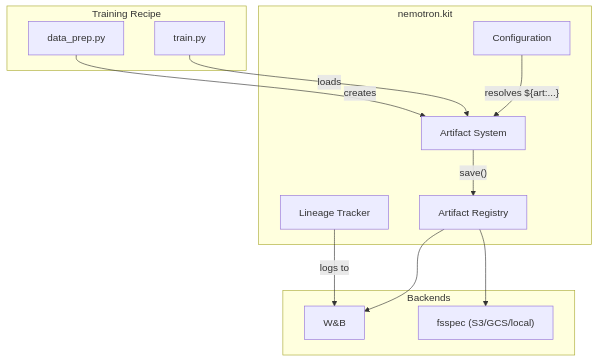
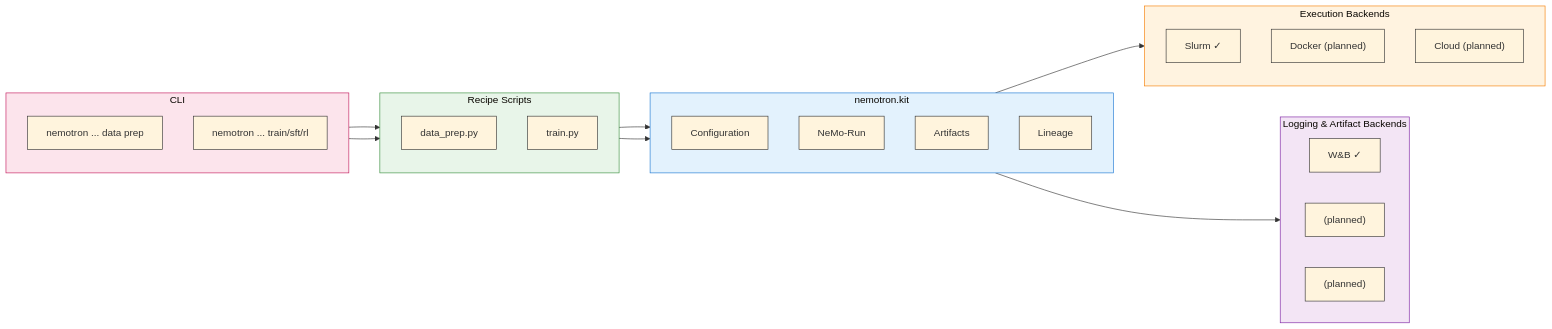
Before and after one commit to NVIDIA-NeMo/Nemotron: the diagram in docs/train/kit.md, drawn with Mermaid. The commit also changed other lines of this file and 40 other files, not shown here.

````diff
--- a/docs/train/kit.md
+++ b/docs/train/kit.md
@@ -18,27 +21,50 @@
 ```mermaid
-flowchart TB
-    subgraph recipe["Training Recipe"]
+%%{init: {'theme': 'base', 'themeVariables': { 'primaryBorderColor': '#333333', 'lineColor': '#333333', 'primaryTextColor': '#333333', 'clusterBkg': '#ffffff', 'clusterBorder': '#333333'}}}%%
+flowchart LR
+    subgraph cli["CLI"]
+        direction TB
+        CMD1["nemotron ... data prep"]
+        CMD2["nemotron ... train/sft/rl"]
+    end
+
+    subgraph recipes["Recipe Scripts"]
+        direction TB
         DataPrep["data_prep.py"]
         Train["train.py"]
     end
 
     subgraph kit["nemotron.kit"]
-        Artifact["Artifact System"]
+        direction TB
         Config["Configuration"]
-        Tracker["Lineage Tracker"]
-        Registry["Artifact Registry"]
+        Run["NeMo-Run"]
+        Artifact["Artifacts"]
+        Tracker["Lineage"]
     end
 
-    subgraph backends["Backends"]
-        WandB["W&B"]
-        FSSpec["fsspec (S3/GCS/local)"]
+    subgraph execution["Execution Backends"]
+        direction TB
+        Slurm["Slurm ✓"]
+        Docker["Docker (planned)"]
+        Cloud["Cloud (planned)"]
     end
 
-    DataPrep -->|"creates"| Artifact
-    Artifact -->|"save()"| Registry
-    Registry --> WandB
-    Registry --> FSSpec
-    Train -->|"loads"| Artifact
-    Tracker -->|"logs to"| WandB
-    Config -->|"resolves ${art:...}"| Artifact
+    subgraph tracking["Logging & Artifact Backends"]
+        direction LR
+        WandB["W&B ✓"]
+        More1["(planned)"]
+        More2["(planned)"]
+    end
+
+    CMD1 --> DataPrep
+    CMD2 --> Train
+    DataPrep --> kit
+    Train --> kit
+    Run --> execution
+    Tracker --> tracking
+
+    style cli fill:#fce4ec,stroke:#c2185b
+    style recipes fill:#e8f5e9,stroke:#388e3c
+    style kit fill:#e3f2fd,stroke:#1976d2
+    style execution fill:#fff3e0,stroke:#f57c00
+    style tracking fill:#f3e5f5,stroke:#7b1fa2
 ```
````
